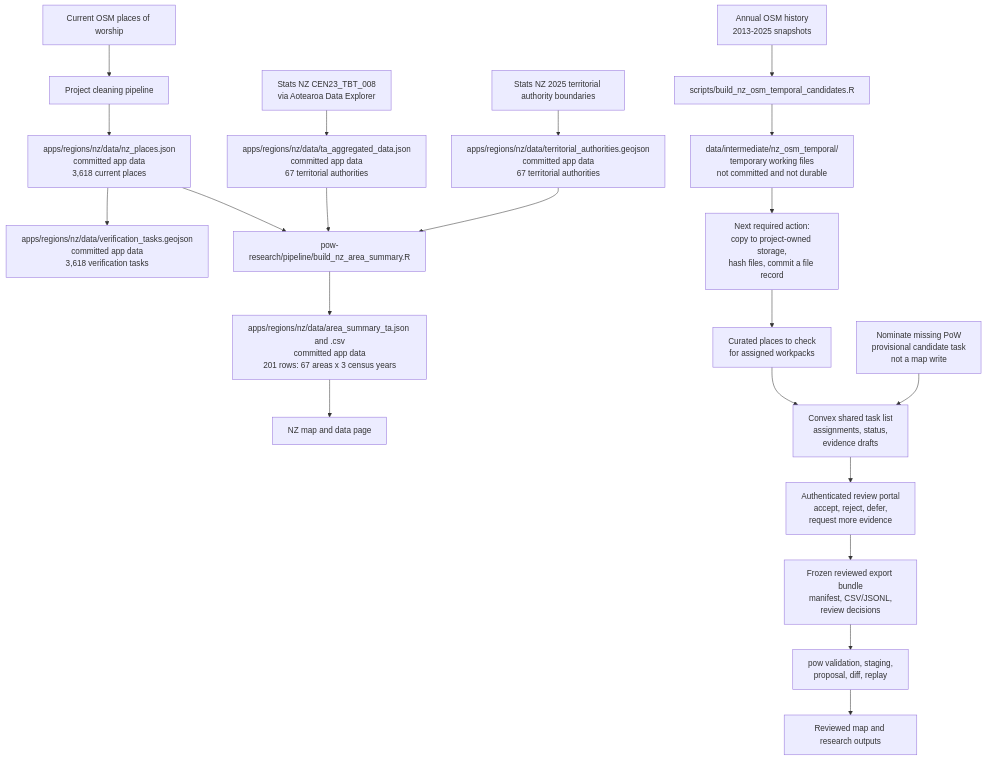
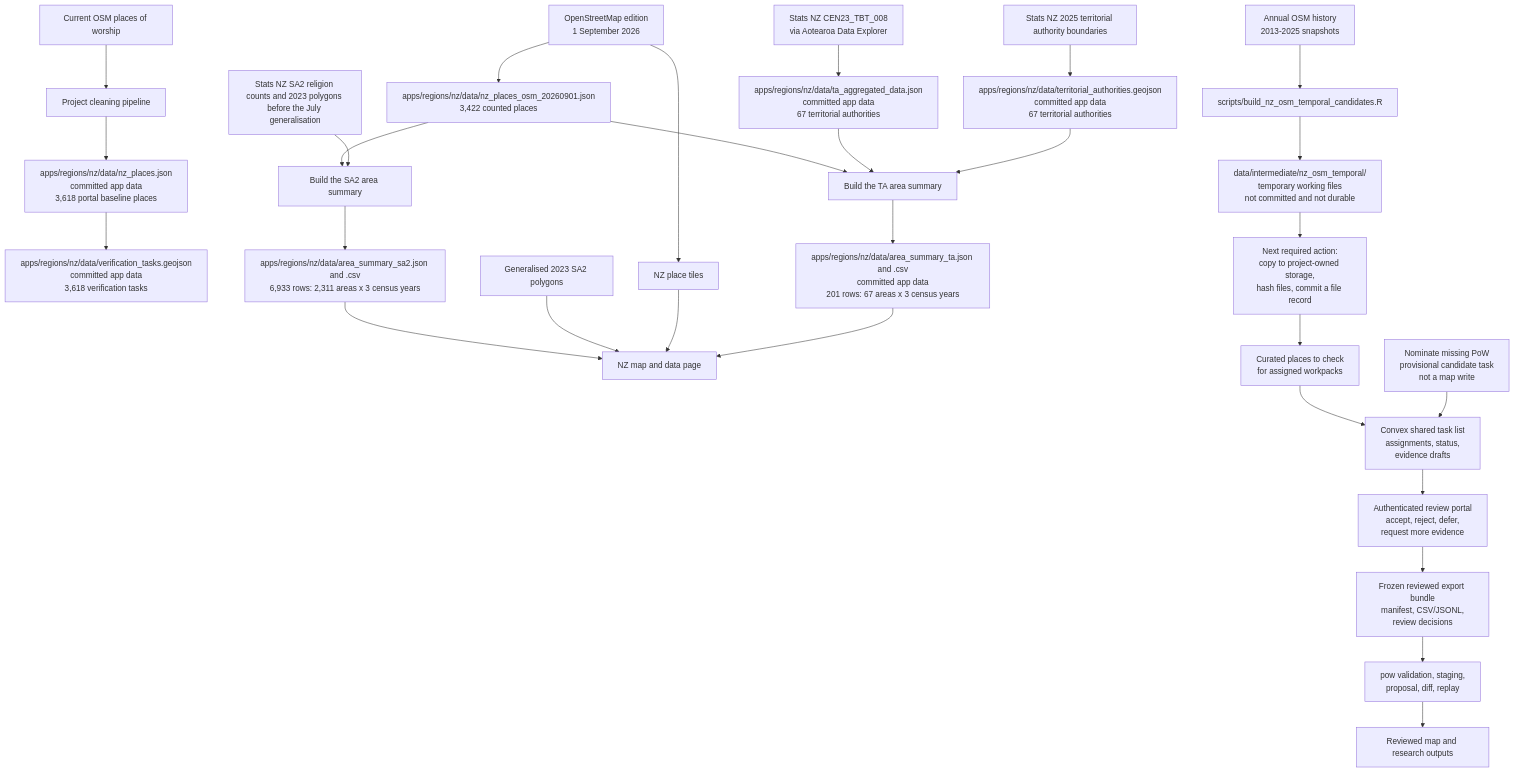
The first of 3 diagrams in docs/data-storage-pipeline.md (go-bayes/places-of-worship), drawn with Mermaid before and after one commit. The commit also changed other lines of this file and 138 other files, not shown here.

First line of the commit message:
switch the maps to the September 2026 tiles and add the possible-or-former layer (#232) (#233)

````diff
--- a/docs/data-storage-pipeline.md
+++ b/docs/data-storage-pipeline.md
@@ -49,25 +51,33 @@
 ```mermaid
 flowchart TD
   OSM1["Current OSM places of worship"] --> Clean1["Project cleaning pipeline"]
-  Clean1 --> NZPlaces["apps/regions/nz/data/nz_places.json<br/>committed app data<br/>3,618 current places"]
+  Clean1 --> NZPlaces["apps/regions/nz/data/nz_places.json<br/>committed app data<br/>3,618 portal baseline places"]
   NZPlaces --> Tasks["apps/regions/nz/data/verification_tasks.geojson<br/>committed app data<br/>3,618 verification tasks"]
-  NZPlaces --> Area["pow-research/pipeline/build_nz_area_summary.R"]
+  Edition["OpenStreetMap edition<br/>1 September 2026"] --> CountedNZ["apps/regions/nz/data/nz_places_osm_20260901.json<br/>3,422 counted places"]
+  Edition --> Tiles["NZ place tiles"]
+  CountedNZ --> Area["Build the TA area summary"]
+  CountedNZ --> SA2["Build the SA2 area summary"]
+  SA2Inputs["Stats NZ SA2 religion counts and 2023 polygons before the July generalisation"] --> SA2
+  SA2 --> SA2Out["apps/regions/nz/data/area_summary_sa2.json and .csv<br/>6,933 rows: 2,311 areas x 3 census years"]
+  SA2Out --> NZMap
+  SA2Draw["Generalised 2023 SA2 polygons"] --> NZMap
+  Tiles --> NZMap
 
   Stats1["Stats NZ CEN23_TBT_008<br/>via Aotearoa Data Explorer"] --> TAReligion["apps/regions/nz/data/ta_aggregated_data.json<br/>committed app data<br/>67 territorial authorities"]
   Boundaries["Stats NZ 2025 territorial authority boundaries"] --> TABounds["apps/regions/nz/data/territorial_authorities.geojson<br/>committed app data<br/>67 territorial authorities"]
   TAReligion --> Area
   TABounds --> Area
   Area --> AreaOut["apps/regions/nz/data/area_summary_ta.json and .csv<br/>committed app data<br/>201 rows: 67 areas x 3 census years"]
   AreaOut --> NZMap["NZ map and data page"]
 
   OSM2["Annual OSM history<br/>2013-2025 snapshots"] --> Temporal["scripts/build_nz_osm_temporal_candidates.R"]
   Temporal --> TempFiles["data/intermediate/nz_osm_temporal/<br/>temporary working files<br/>not committed and not durable"]
   TempFiles --> Promote["Next required action:<br/>copy to project-owned storage,<br/>hash files, commit a file record"]
   Promote --> Workpacks["Curated places to check<br/>for assigned workpacks"]
   Workpacks --> Convex["Convex shared task list<br/>assignments, status,<br/>evidence drafts"]
   Nominate["Nominate missing PoW<br/>provisional candidate task<br/>not a map write"] --> Convex
   Convex --> Review["Authenticated review portal<br/>accept, reject, defer,<br/>request more evidence"]
   Review --> Bundle["Frozen reviewed export bundle<br/>manifest, CSV/JSONL,<br/>review decisions"]
   Bundle --> Pow["pow validation, staging,<br/>proposal, diff, replay"]
   Pow --> Outputs["Reviewed map and research outputs"]
 ```
````
